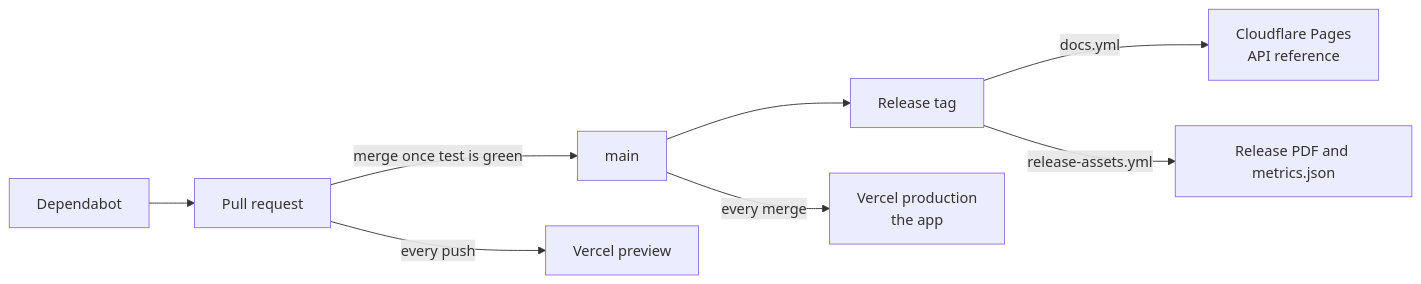
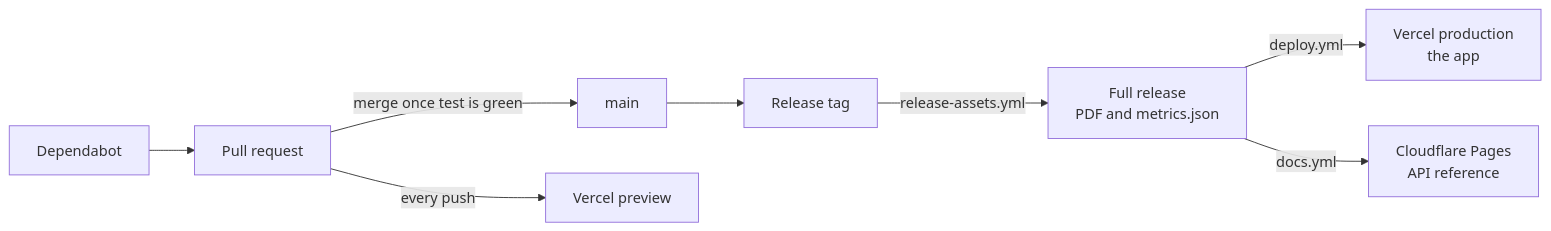
One commit to jan-ru/my-svelte-app changed the diagram in docs/workflows.md. Above: the diagram before and after it, drawn with Mermaid. The commit also changed other lines of this file and 6 other files, not shown here.

First line of the commit message:
ci: release through the shared workflow, deploy production only from a release

````diff
--- a/docs/workflows.md
+++ b/docs/workflows.md
@@ -48,11 +48,11 @@
 ```mermaid
 flowchart LR
   DB[Dependabot] --> PR[Pull request]
   PR -->|merge once test is green| MAIN[main]
   MAIN --> TAG[Release tag]
 
   PR -->|every push| VP[Vercel preview]
-  MAIN -->|every merge| VPROD[Vercel production<br/>the app]
-  TAG -->|docs.yml| CF[Cloudflare Pages<br/>API reference]
-  TAG -->|release-assets.yml| RA[Release PDF and metrics.json]
+  TAG -->|release-assets.yml| REL[Full release<br/>PDF and metrics.json]
+  REL -->|deploy.yml| VPROD[Vercel production<br/>the app]
+  REL -->|docs.yml| CF[Cloudflare Pages<br/>API reference]
 ```
````
